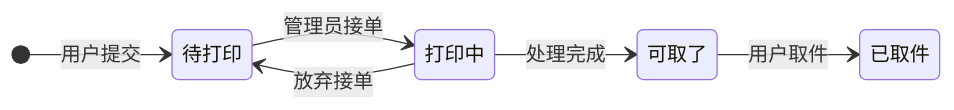
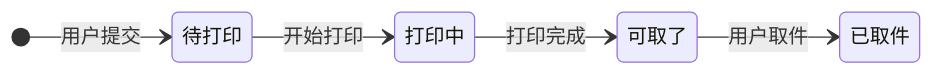
One commit to qcmb825/print-of-dorm changed the second of 2 diagrams in README.md. Above: the diagram before and after it, drawn with Mermaid. The commit also changed other lines of this file and 116 other files, not shown here.

````diff
--- a/README.md
+++ b/README.md
@@ -203,14 +210,13 @@
 ```mermaid
 stateDiagram-v2
     direction LR
     state "待打印" as P
     state "打印中" as G
     state "可取了" as R
     state "已取件" as D
 
     [*] --> P: 用户提交
-    P --> G: 管理员接单
-    G --> R: 处理完成
+    P --> G: 开始打印
+    G --> R: 打印完成
     R --> D: 用户取件
-    G --> P: 放弃接单
 ```
````
